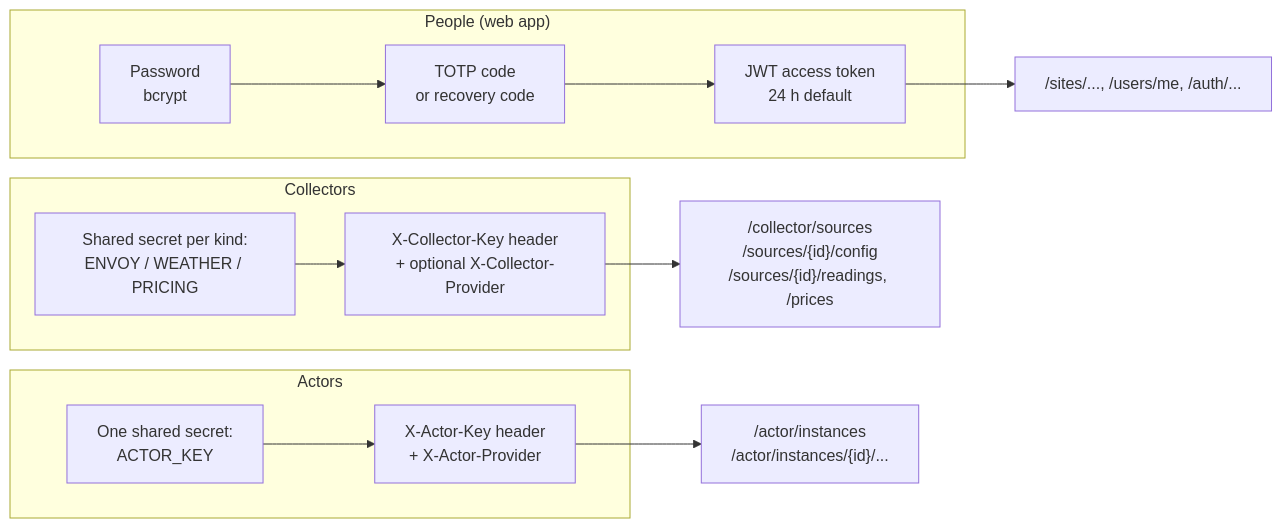
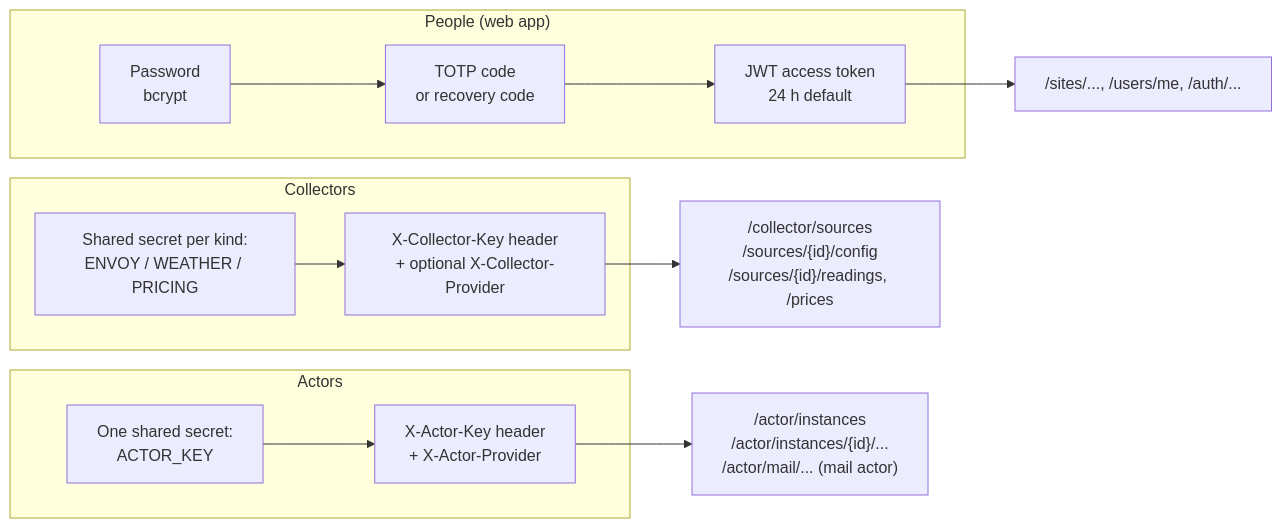
Before and after one commit to sschwetz/wattwise: the third of 3 diagrams in docs/architecture.md, drawn with Mermaid. The commit also changed other lines of this file and 18 other files, not shown here.

````diff
--- a/docs/architecture.md
+++ b/docs/architecture.md
@@ -90,15 +95,15 @@
 ```mermaid
 flowchart LR
     subgraph People["People (web app)"]
         P1["Password<br/>bcrypt"] --> P2["TOTP code<br/>or recovery code"] --> P3["JWT access token<br/>24 h default"]
     end
     subgraph Machines["Collectors"]
         M1["Shared secret per kind:<br/>ENVOY / WEATHER / PRICING"] --> M2["X-Collector-Key header<br/>+ optional X-Collector-Provider"]
     end
     subgraph Actors["Actors"]
         A1["One shared secret:<br/>ACTOR_KEY"] --> A2["X-Actor-Key header<br/>+ X-Actor-Provider"]
     end
     P3 --> U["/sites/..., /users/me, /auth/..."]
     M2 --> C["/collector/sources<br/>/sources/{id}/config<br/>/sources/{id}/readings, /prices"]
-    A2 --> D["/actor/instances<br/>/actor/instances/{id}/..."]
+    A2 --> D["/actor/instances<br/>/actor/instances/{id}/...<br/>/actor/mail/... (mail actor)"]
 ```
````
